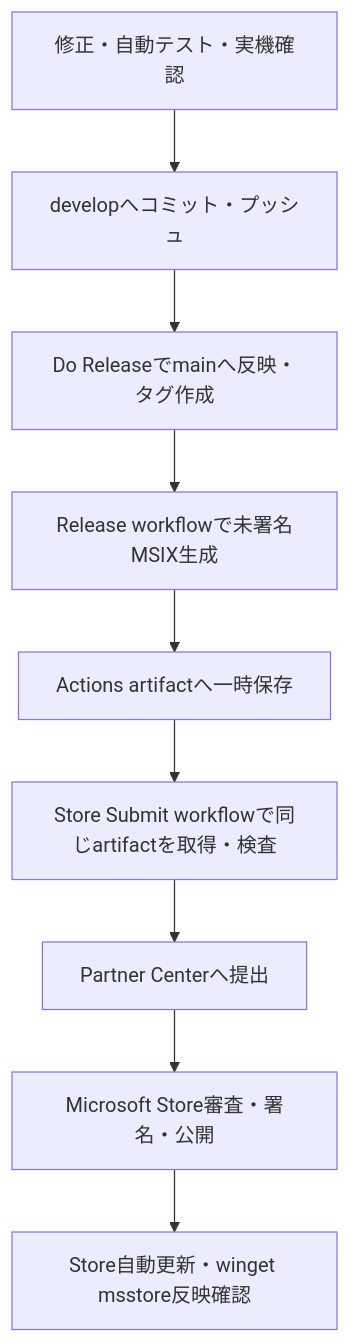
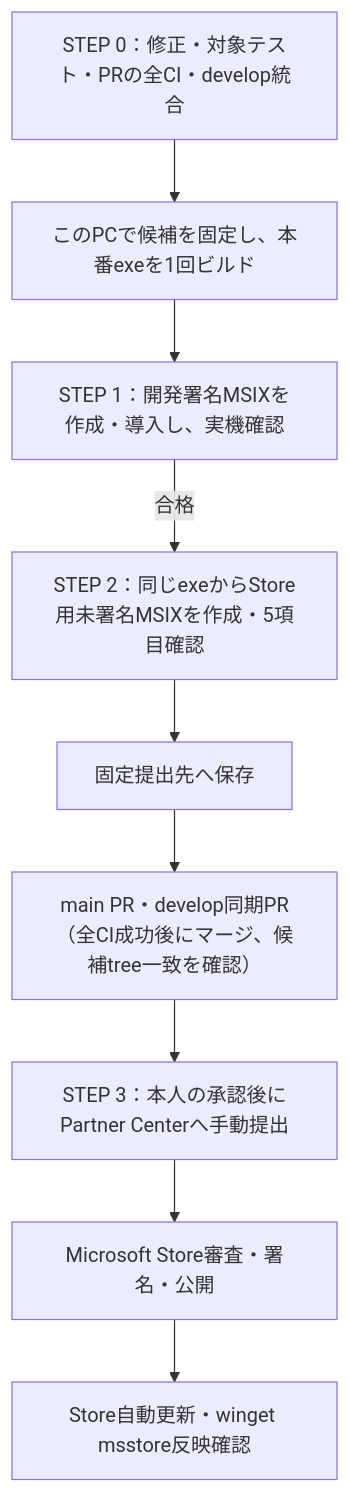
The second of 3 diagrams in docs-v2/008_DISTRIBUTION.md (ore-no-fusen/ore-no-fusen), drawn with Mermaid before and after one commit. The commit also changed other lines of this file and 1 other file, not shown here.

````diff
--- a/docs-v2/008_DISTRIBUTION.md
+++ b/docs-v2/008_DISTRIBUTION.md
@@ -186,11 +188,11 @@
 ```mermaid
 flowchart TD
-    A["修正・自動テスト・実機確認"] --> B["developへコミット・プッシュ"]
-    B --> C["Do Releaseでmainへ反映・タグ作成"]
-    C --> D["Release workflowで未署名MSIX生成"]
-    D --> E["Actions artifactへ一時保存"]
-    E --> F["Store Submit workflowで同じartifactを取得・検査"]
-    F --> G["Partner Centerへ提出"]
+    A["STEP 0：修正・対象テスト・PRの全CI・develop統合"] --> B["このPCで候補を固定し、本番exeを1回ビルド"]
+    B --> C["STEP 1：開発署名MSIXを作成・導入し、実機確認"]
+    C -->|合格| D["STEP 2：同じexeからStore用未署名MSIXを作成・5項目確認"]
+    D --> E["固定提出先へ保存"]
+    E --> F["main PR・develop同期PR（全CI成功後にマージ、候補tree一致を確認）"]
+    F --> G["STEP 3：本人の承認後にPartner Centerへ手動提出"]
     G --> H["Microsoft Store審査・署名・公開"]
     H --> I["Store自動更新・winget msstore反映確認"]
 ```
````
